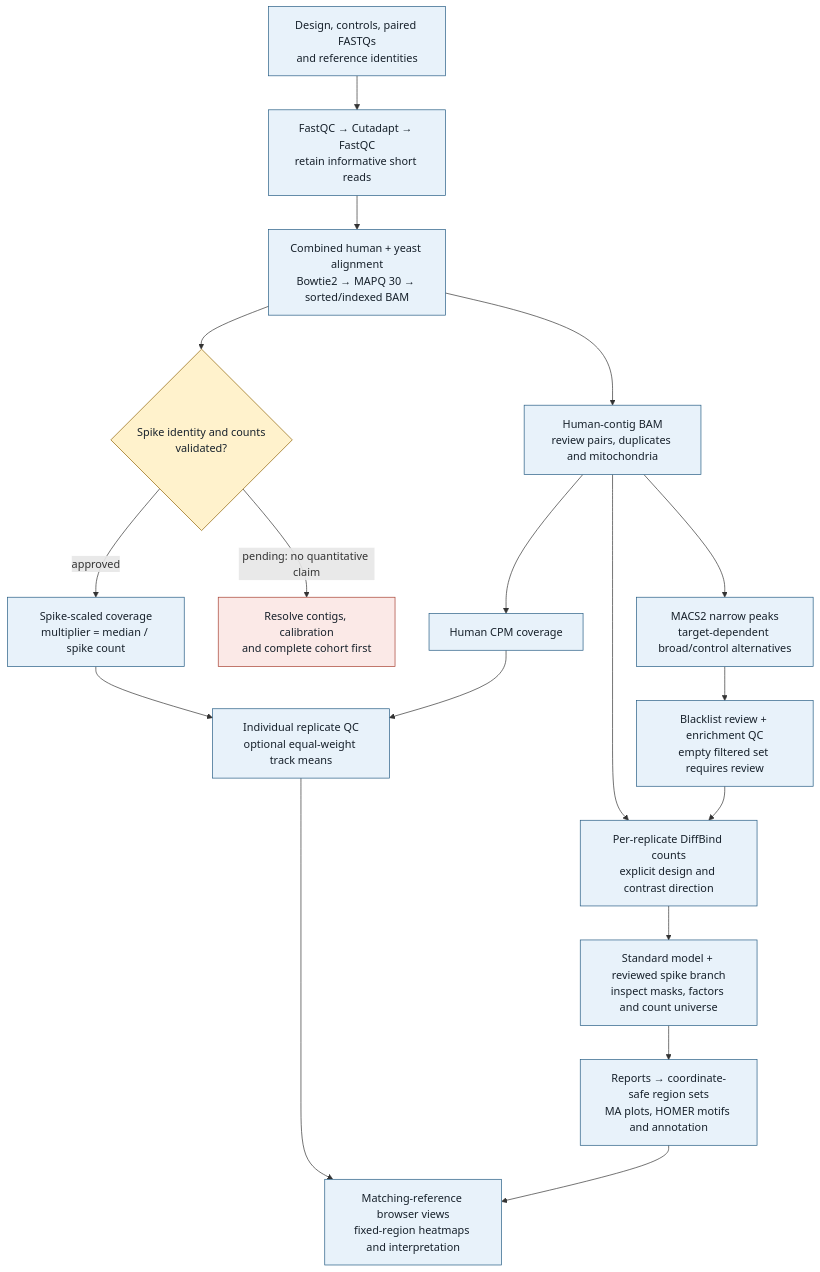
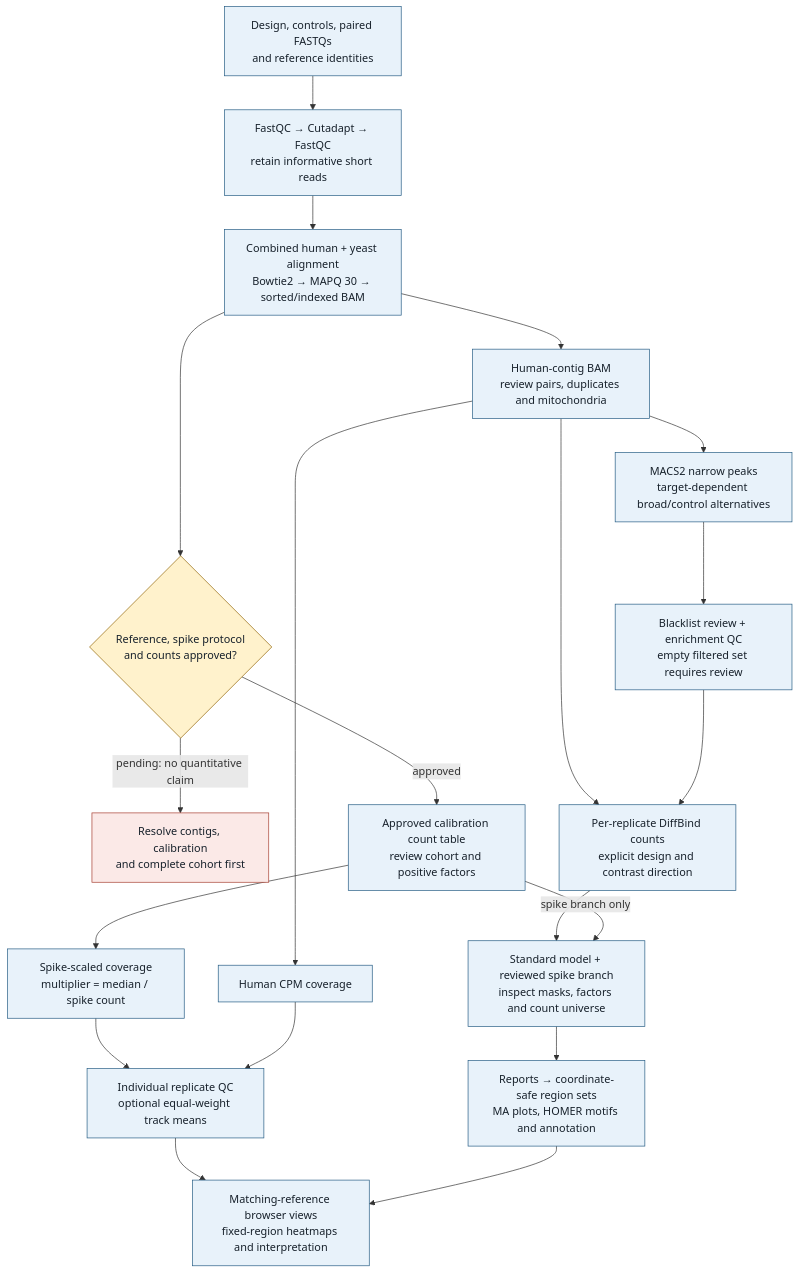
The diagram in docs/assays/cut-and-run/assets/workflow.mmd (stengel-lab/bioinformatics), drawn with Mermaid before and after one commit. The commit also changed 19 other files, not shown here.

Commit message:
docs: review CUT&RUN scientific decisions and reference-aware counting

```diff
--- a/docs/assays/cut-and-run/assets/workflow.mmd
+++ b/docs/assays/cut-and-run/assets/workflow.mmd
@@ -1,24 +1,26 @@
 flowchart TB
   A["Design, controls, paired FASTQs<br/>and reference identities"] --> B["FastQC → Cutadapt → FastQC<br/>retain informative short reads"]
   B --> C["Combined human + yeast alignment<br/>Bowtie2 → MAPQ 30 → sorted/indexed BAM"]
   C --> D["Human-contig BAM<br/>review pairs, duplicates and mitochondria"]
   D --> E["MACS2 narrow peaks<br/>target-dependent broad/control alternatives"]
   E --> F["Blacklist review + enrichment QC<br/>empty filtered set requires review"]
-  C --> G{"Spike identity and counts<br/>validated?"}
+  C --> G{"Reference, spike protocol<br/>and counts approved?"}
   G -->|"pending: no quantitative claim"| H["Resolve contigs, calibration<br/>and complete cohort first"]
-  G -->|"approved"| I["Spike-scaled coverage<br/>multiplier = median / spike count"]
+  G -->|"approved"| Q["Approved calibration count table<br/>review cohort and positive factors"]
+  Q --> I["Spike-scaled coverage<br/>multiplier = median / spike count"]
   D --> J["Human CPM coverage"]
   I --> K["Individual replicate QC<br/>optional equal-weight track means"]
   J --> K
   D --> L["Per-replicate DiffBind counts<br/>explicit design and contrast direction"]
   F --> L
   L --> M["Standard model + reviewed spike branch<br/>inspect masks, factors and count universe"]
+  Q -->|"spike branch only"| M
   M --> N["Reports → coordinate-safe region sets<br/>MA plots, HOMER motifs and annotation"]
   K --> O["Matching-reference browser views<br/>fixed-region heatmaps and interpretation"]
   N --> O
   classDef gate fill:#fff2cc,stroke:#8f6200,color:#17212b
   classDef process fill:#e8f2fa,stroke:#245b83,color:#17212b
   classDef warning fill:#fbe9e7,stroke:#a63e30,color:#17212b
-  class A,B,C,D,E,F,I,J,K,L,M,N,O process
+  class A,B,C,D,E,F,I,J,K,L,M,N,O,Q process
   class G gate
   class H warning
```
